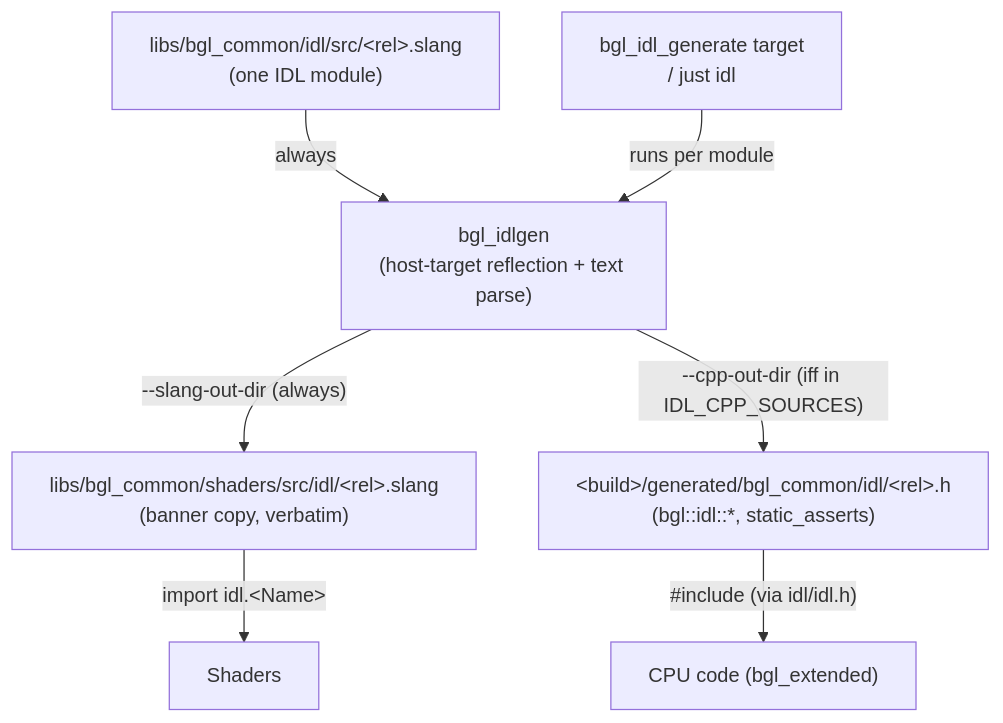
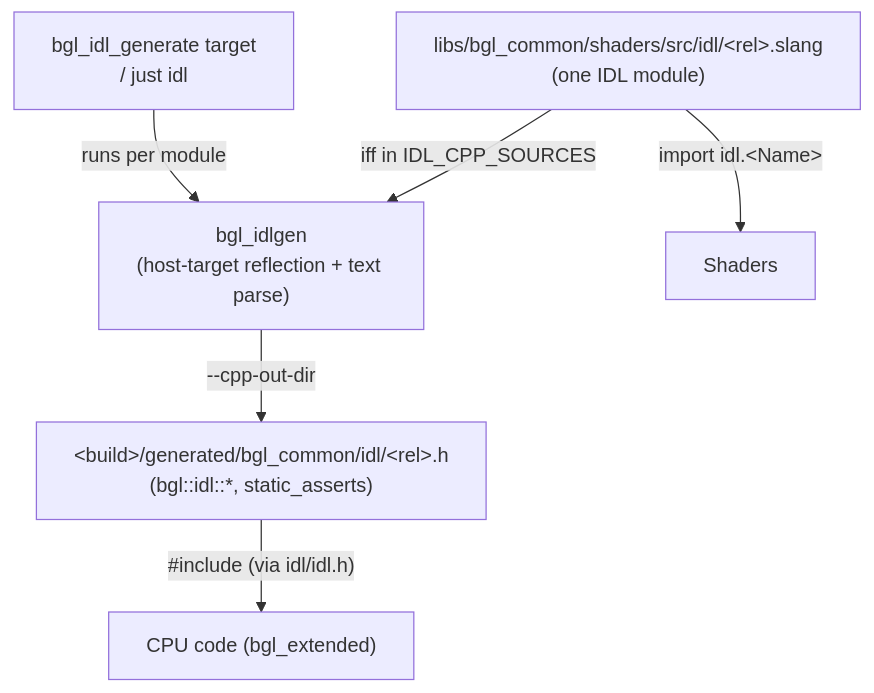
The diagram in docs/idlgen.md (alexjiang200407/bernini), drawn with Mermaid before and after one commit. The commit also changed other lines of this file and 98 other files, not shown here.

First line of the commit message:
refactor(idl): the IDL modules are sources in the shader tree, and nothing generated is committed

````diff
--- a/docs/idlgen.md
+++ b/docs/idlgen.md
@@ -145,16 +142,14 @@
 ```mermaid
 flowchart TD
-    IDL["libs/bgl_common/idl/src/&lt;rel&gt;.slang<br/>(one IDL module)"]
+    IDL["libs/bgl_common/shaders/src/idl/&lt;rel&gt;.slang<br/>(one IDL module)"]
     TOOL["bgl_idlgen<br/>(host-target reflection + text parse)"]
-    SLANG["libs/bgl_common/shaders/src/idl/&lt;rel&gt;.slang<br/>(banner copy, verbatim)"]
     CPP["&lt;build&gt;/generated/bgl_common/idl/&lt;rel&gt;.h<br/>(bgl::idl::*, static_asserts)"]
     SH["Shaders"]
     CX["CPU code (bgl_extended)"]
 
-    IDL -- "always" --> TOOL
-    TOOL -- "--slang-out-dir (always)" --> SLANG
-    TOOL -- "--cpp-out-dir (iff in IDL_CPP_SOURCES)" --> CPP
-    SLANG -- "import idl.&lt;Name&gt;" --> SH
+    IDL -- "iff in IDL_CPP_SOURCES" --> TOOL
+    TOOL -- "--cpp-out-dir" --> CPP
+    IDL -- "import idl.&lt;Name&gt;" --> SH
     CPP -- "#include (via idl/idl.h)" --> CX
     CMAKE["bgl_idl_generate target<br/>/ just idl"] -- "runs per module" --> TOOL
 ```
````
